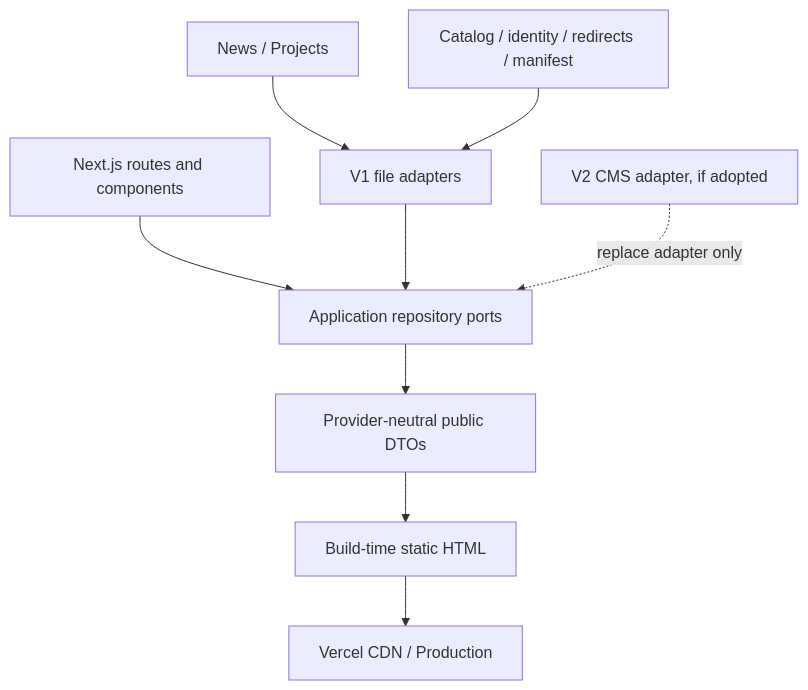
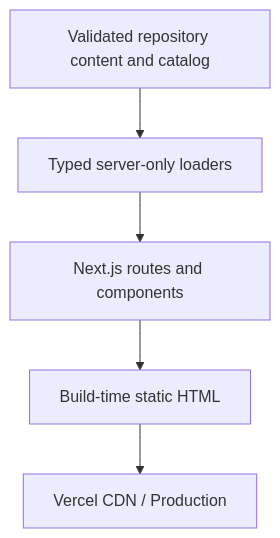
One commit to fred831226/JP-website changed the second of 3 diagrams in _bmad-output/planning-artifacts/architecture/architecture-JP-Website-2026-07-21/ARCHITECTURE-SPINE.md. Above: the diagram before and after it, drawn with Mermaid. The commit also changed other lines of this file and 23 other files, not shown here.

````diff
--- a/_bmad-output/planning-artifacts/architecture/architecture-JP-Website-2026-07-21/ARCHITECTURE-SPINE.md
+++ b/_bmad-output/planning-artifacts/architecture/architecture-JP-Website-2026-07-21/ARCHITECTURE-SPINE.md
@@ -233,11 +248,7 @@
 ```mermaid
 flowchart TB
-  UI["Next.js routes and components"] --> Ports["Application repository ports"]
-  Ports --> DTO["Provider-neutral public DTOs"]
-  FileAdapter["V1 file adapters"] --> Ports
-  Markdown["News / Projects"] --> FileAdapter
-  Data["Catalog / identity / redirects / manifest"] --> FileAdapter
-  FutureCMS["V2 CMS adapter, if adopted"] -. "replace adapter only" .-> Ports
-  DTO --> Static["Build-time static HTML"]
+  Files["Validated repository content and catalog"] --> Loaders["Typed server-only loaders"]
+  Loaders --> UI["Next.js routes and components"]
+  UI --> Static["Build-time static HTML"]
   Static --> Vercel["Vercel CDN / Production"]
 ```
````
